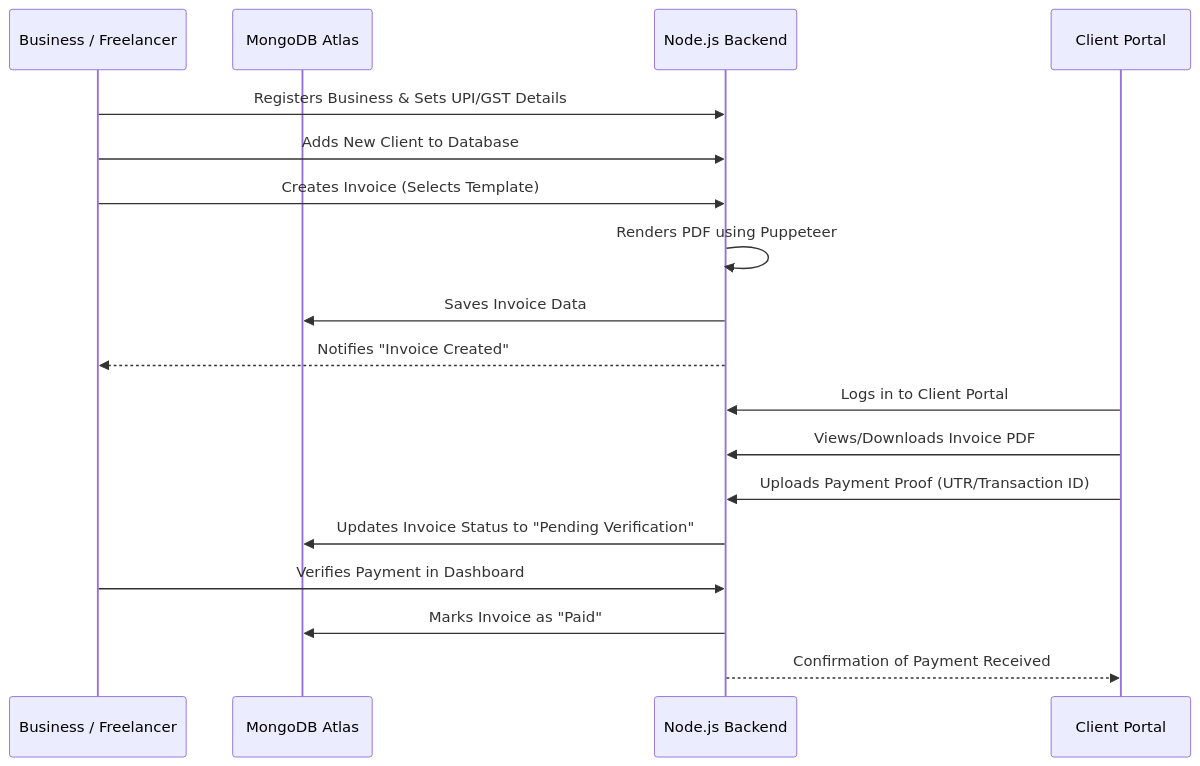
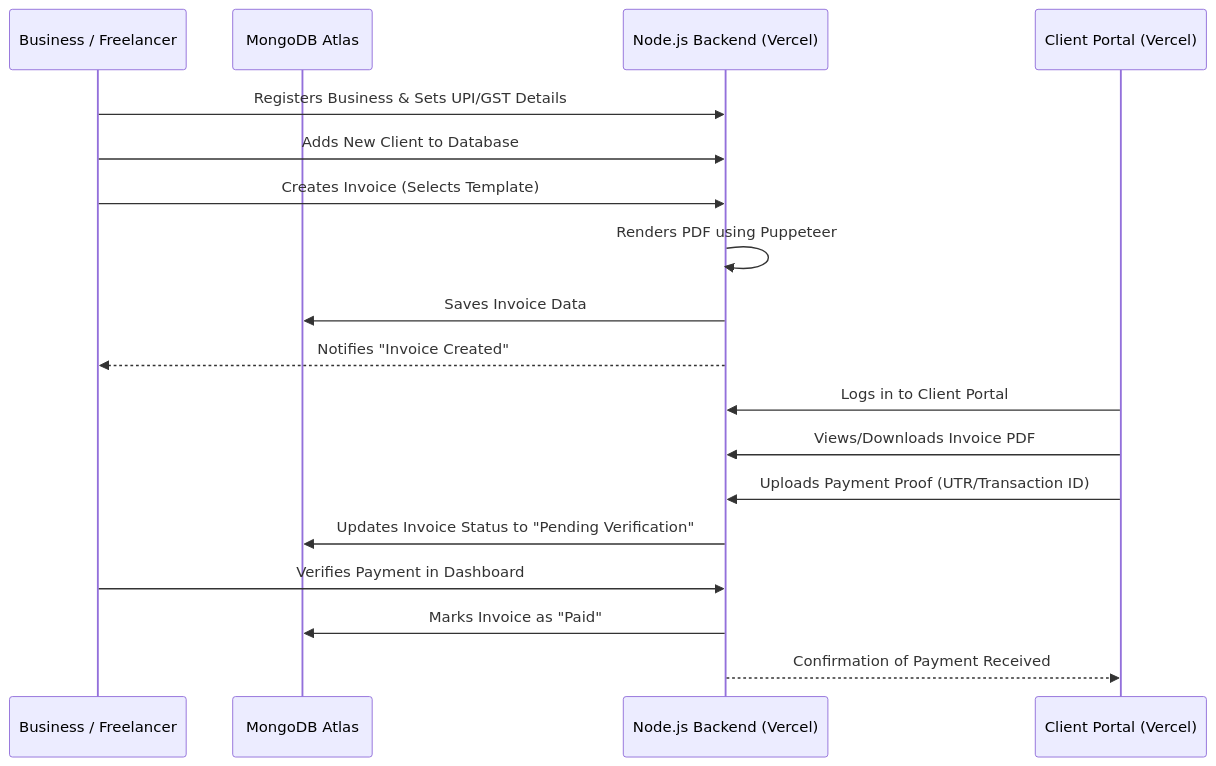
The diagram in README.md (Abiram08/Invoice-Generator-Tracker), drawn with Mermaid before and after one commit. The commit also changed other lines of this file, not shown here.

````diff
--- a/README.md
+++ b/README.md
@@ -47,23 +47,23 @@
 ```mermaid
 sequenceDiagram
     participant Biz as Business / Freelancer
     participant DB as MongoDB Atlas
-    participant Srv as Node.js Backend
-    participant Client as Client Portal
+    participant Srv as Node.js Backend (Vercel)
+    participant Client as Client Portal (Vercel)
 
     Biz->>Srv: Registers Business & Sets UPI/GST Details
     Biz->>Srv: Adds New Client to Database
     Biz->>Srv: Creates Invoice (Selects Template)
     Srv->>Srv: Renders PDF using Puppeteer
     Srv->>DB: Saves Invoice Data
     Srv-->>Biz: Notifies "Invoice Created"
     
     Client->>Srv: Logs in to Client Portal
     Client->>Srv: Views/Downloads Invoice PDF
     Client->>Srv: Uploads Payment Proof (UTR/Transaction ID)
     Srv->>DB: Updates Invoice Status to "Pending Verification"
     
     Biz->>Srv: Verifies Payment in Dashboard
     Srv->>DB: Marks Invoice as "Paid"
     Srv-->>Client: Confirmation of Payment Received
 ```
````
